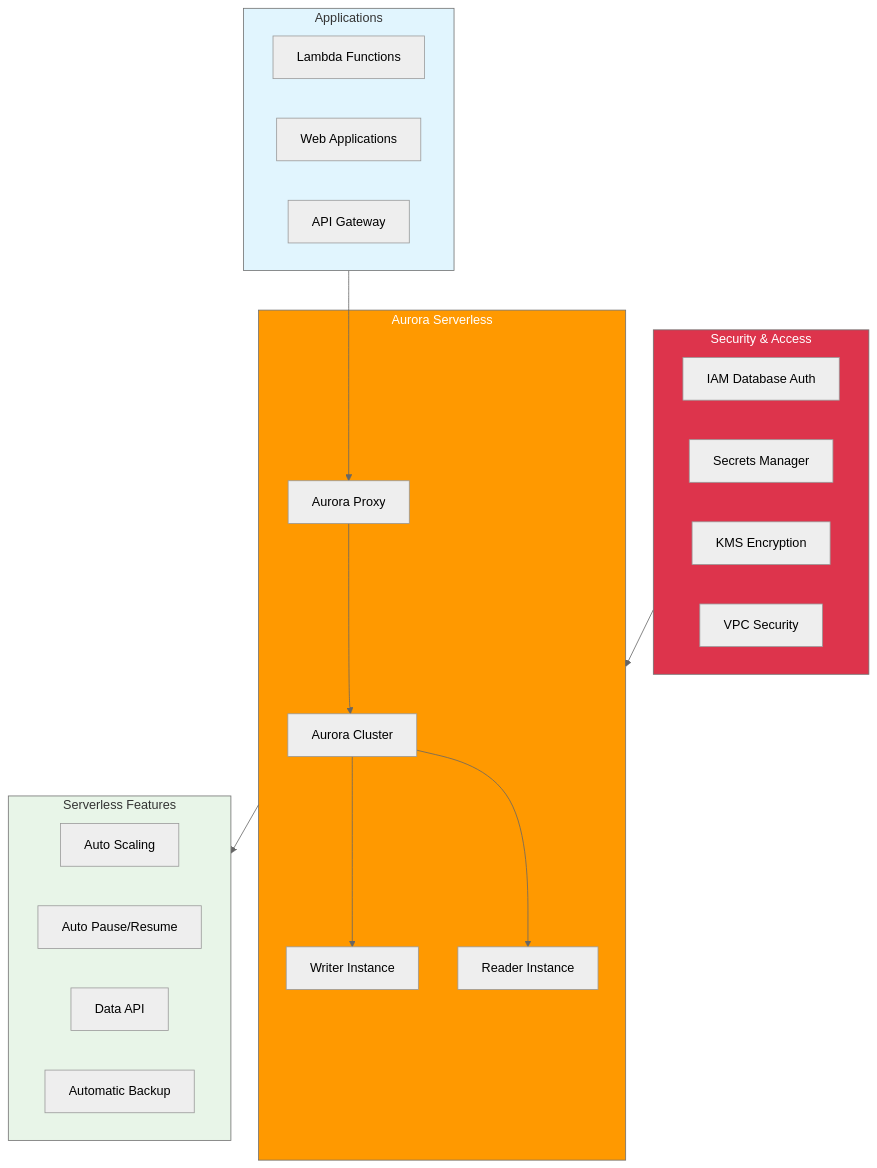
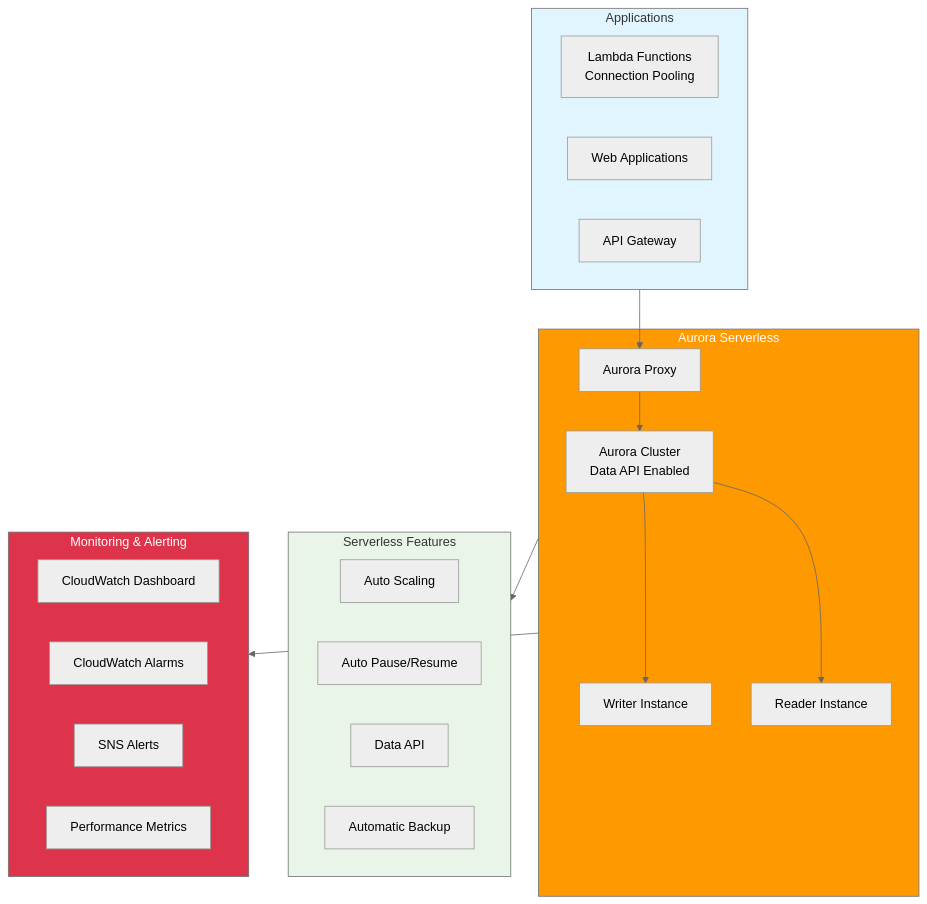
Before and after one commit to superluminar-io/aws-modular-workshop: the diagram in docs/labs/lab_300_aurora_serverless/0_intro.md, drawn with Mermaid (neutral theme). The commit also changed other lines of this file and 24 other files, not shown here.

````diff
--- a/docs/labs/lab_300_aurora_serverless/0_intro.md
+++ b/docs/labs/lab_300_aurora_serverless/0_intro.md
@@ -9,41 +9,41 @@
 ```mermaid
 flowchart TD
     subgraph Apps["Applications"]
-        Lambda[Lambda Functions]
+        Lambda[Lambda Functions<br/>Connection Pooling]
         App[Web Applications]
         API[API Gateway]
     end
 
     subgraph Aurora["Aurora Serverless"]
-        Cluster[Aurora Cluster]
+        Cluster[Aurora Cluster<br/>Data API Enabled]
         Writer[Writer Instance]
         Reader[Reader Instance]
         Proxy[Aurora Proxy]
     end
 
     subgraph Features["Serverless Features"]
         AutoScale[Auto Scaling]
         Pause[Auto Pause/Resume]
         DataAPI[Data API]
         Backup[Automatic Backup]
     end
 
-    subgraph Security["Security & Access"]
-        IAM[IAM Database Auth]
-        SM[Secrets Manager]
-        KMS[KMS Encryption]
-        VPC[VPC Security]
+    subgraph Monitoring["Monitoring & Alerting"]
+        CW[CloudWatch Dashboard]
+        Alarms[CloudWatch Alarms]
+        SNS[SNS Alerts]
+        Metrics[Performance Metrics]
     end
 
     Apps --> Proxy
     Proxy --> Cluster
     Cluster --> Writer
     Cluster --> Reader
     Aurora --> Features
-    Security --> Aurora
+    Aurora --> Monitoring
 
     style Apps fill:#e1f5fe
     style Aurora fill:#ff9900,color:#fff
     style Features fill:#e8f5e8
-    style Security fill:#dd344c,color:#fff
+    style Monitoring fill:#dd344c,color:#fff
 ```
````
